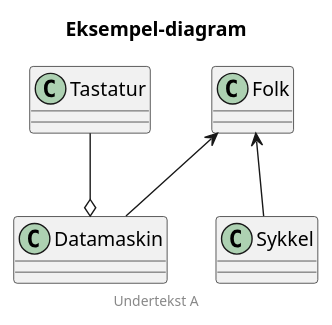
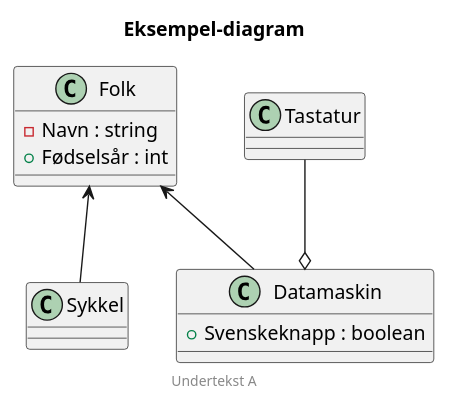
The diagram in mal/input/images/test.puml (HL7Norway/ig-mal), drawn with PlantUML before and after one commit. The commit also changed other lines of this file, not shown here.

Commit message:
Litt snack i diagram

```diff
--- a/mal/input/images/test.puml
+++ b/mal/input/images/test.puml
@@ -1,15 +1,20 @@
 @startuml
 
 title Eksempel-diagram
 footer Undertekst A
 
-class Folk
-class Datamaskin
+class Folk {
+    -Navn : string
+    +Fødselsår : int
+}
 class Sykkel
 class Tastatur
+class Datamaskin {
+    +Svenskeknapp : boolean
+} 
 
 Folk <-- Datamaskin
 Folk <-- Sykkel
 Tastatur --o Datamaskin
 
 @enduml
```
